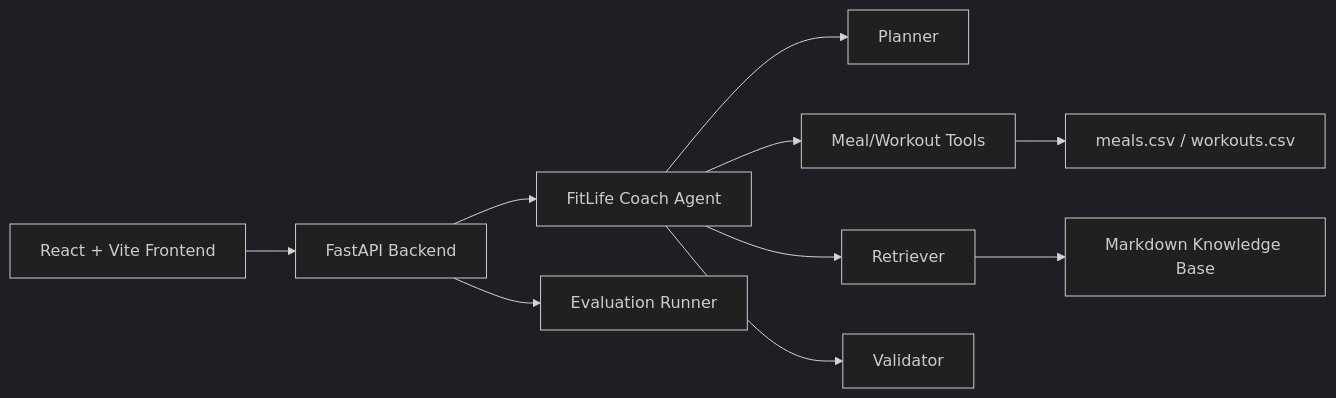
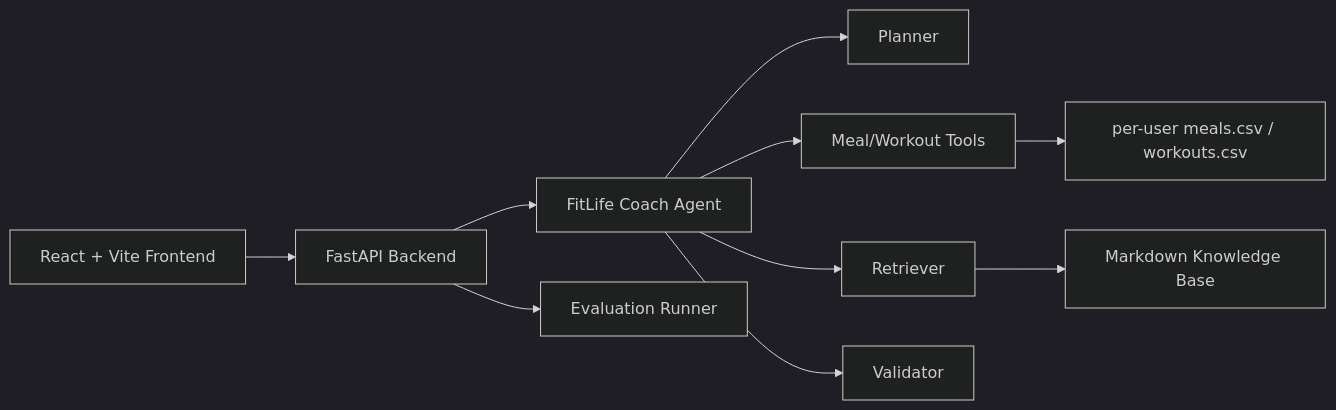
The diagram in README.md (HarrySheldon/fitlife-agent), drawn with Mermaid (dark theme) before and after one commit. The commit also changed other lines of this file and 34 other files, not shown here.

````diff
--- a/README.md
+++ b/README.md
@@ -20,12 +21,12 @@
 ```mermaid
 flowchart LR
   UI["React + Vite Frontend"] --> API["FastAPI Backend"]
   API --> Agent["FitLife Coach Agent"]
   Agent --> Planner["Planner"]
   Agent --> Tools["Meal/Workout Tools"]
   Agent --> RAG["Retriever"]
   Agent --> Validator["Validator"]
-  Tools --> CSV["meals.csv / workouts.csv"]
+  Tools --> CSV["per-user meals.csv / workouts.csv"]
   RAG --> KB["Markdown Knowledge Base"]
   API --> Eval["Evaluation Runner"]
 ```
````
